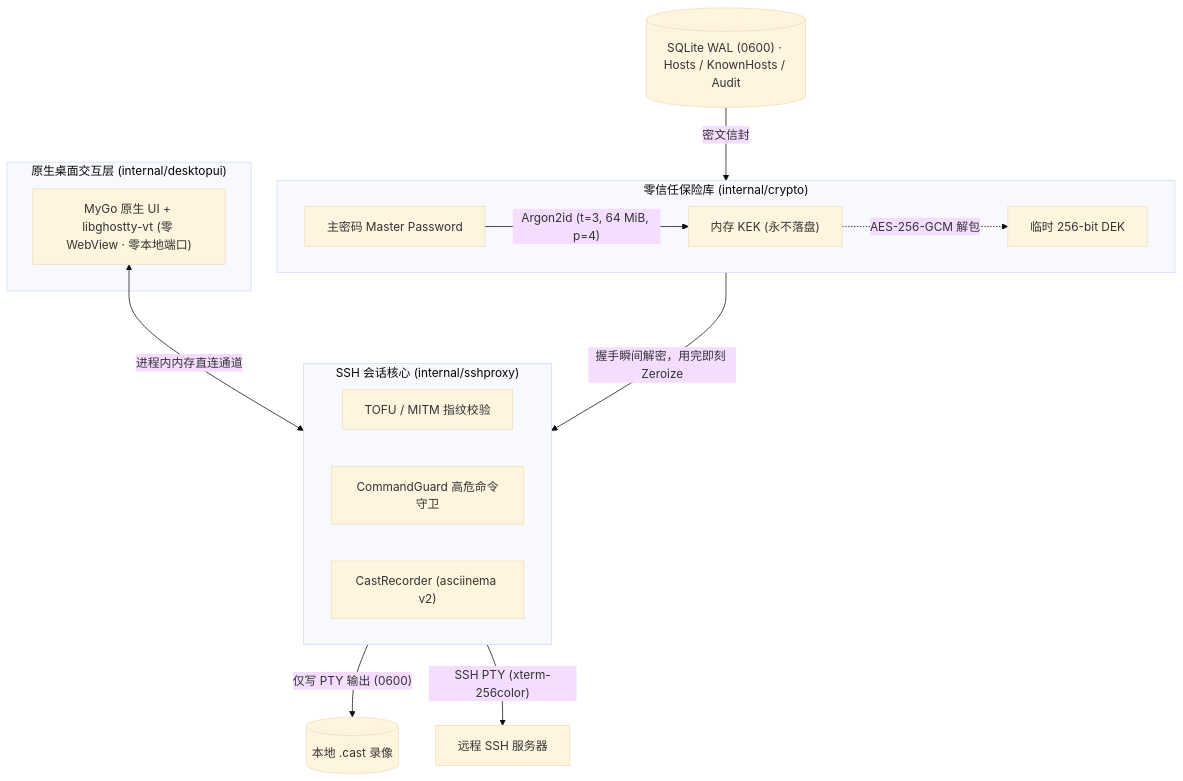
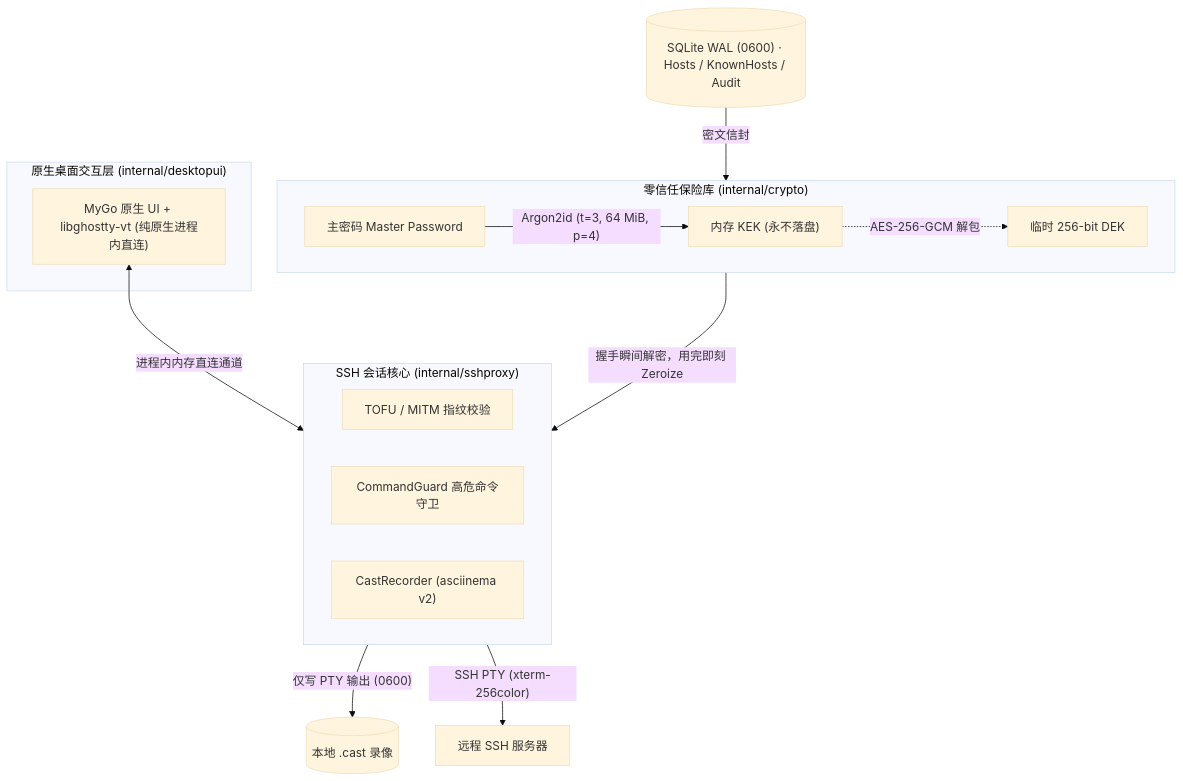
The diagram in README.md (pandasir/ssh-guard), drawn with Mermaid (base theme) before and after one commit. The commit also changed other lines of this file, not shown here.

````diff
--- a/README.md
+++ b/README.md
@@ -101,26 +101,26 @@
 ```mermaid
 flowchart TB
     subgraph Vault["零信任保险库 (internal/crypto)"]
         direction LR
         MP["主密码 Master Password"] -->|"Argon2id (t=3, 64 MiB, p=4)"| KEK["内存 KEK (永不落盘)"]
         KEK -.->|"AES-256-GCM 解包"| DEK["临时 256-bit DEK"]
     end
 
     SQLite[("SQLite WAL (0600) · Hosts / KnownHosts / Audit")] -->|"密文信封"| DEK
 
     subgraph DesktopUI["原生桌面交互层 (internal/desktopui)"]
-        Desktop["MyGo 原生 UI + libghostty-vt (零 WebView · 零本地端口)"]
+        Desktop["MyGo 原生 UI + libghostty-vt (纯原生进程内直连)"]
     end
 
     subgraph SSHCore["SSH 会话核心 (internal/sshproxy)"]
         direction LR
         TOFU["TOFU / MITM 指纹校验"]
         Guard["CommandGuard 高危命令守卫"]
         Rec["CastRecorder (asciinema v2)"]
     end
 
     DEK -->|"握手瞬间解密，用完即刻 Zeroize"| SSHCore
     Desktop <-->|"进程内内存直连通道"| SSHCore
     SSHCore -->|"SSH PTY (xterm-256color)"| Target["远程 SSH 服务器"]
     Rec -->|"仅写 PTY 输出 (0600)"| Cast[("本地 .cast 录像")]
 ```
````
